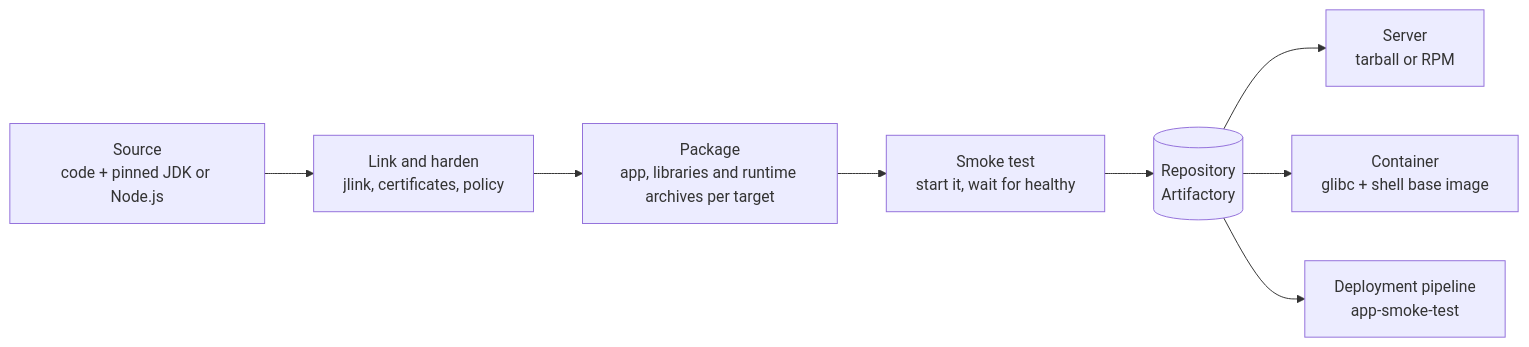
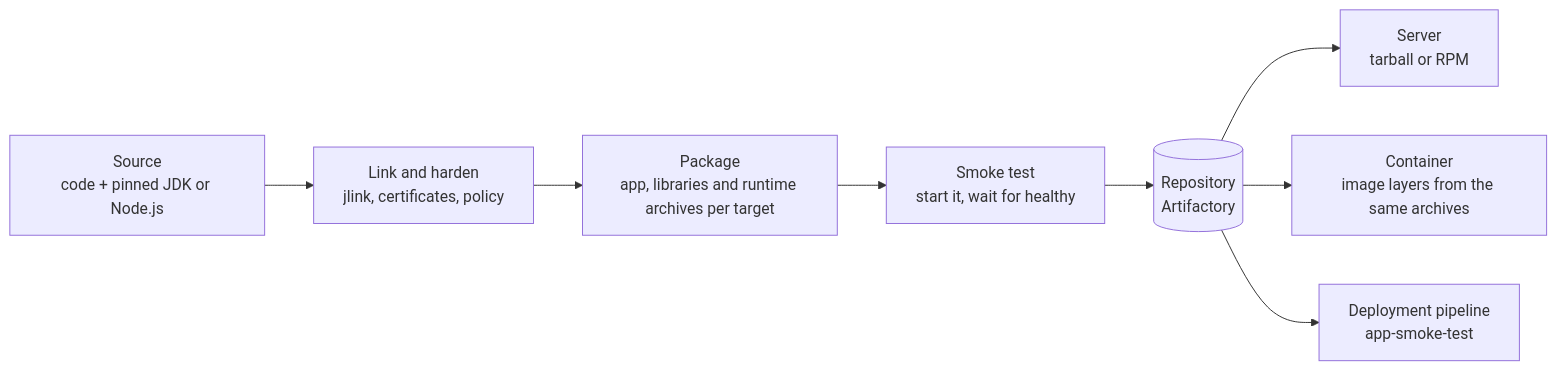
One commit to fiftiesHousewife/embedded-runtime-gradle-plugins changed the second of 2 diagrams in docs/article.md. Above: the diagram before and after it, drawn with Mermaid. The commit also changed other lines of this file and 28 other files, not shown here.

````diff
--- a/docs/article.md
+++ b/docs/article.md
@@ -248,10 +254,10 @@
 ```mermaid
 flowchart LR
     src["Source<br/>code + pinned JDK or Node.js"] --> link["Link and harden<br/>jlink, certificates, policy"]
     link --> pack["Package<br/>app, libraries and runtime archives per target"]
     pack --> smoke["Smoke test<br/>start it, wait for healthy"]
     smoke --> repo[("Repository<br/>Artifactory")]
     repo --> server["Server<br/>tarball or RPM"]
-    repo --> container["Container<br/>glibc + shell base image"]
+    repo --> container["Container<br/>image layers from the same archives"]
     repo --> pipeline["Deployment pipeline<br/>app-smoke-test"]
 ```
````
